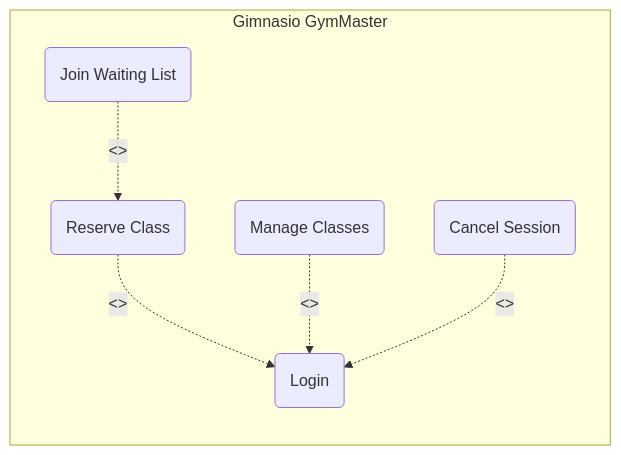
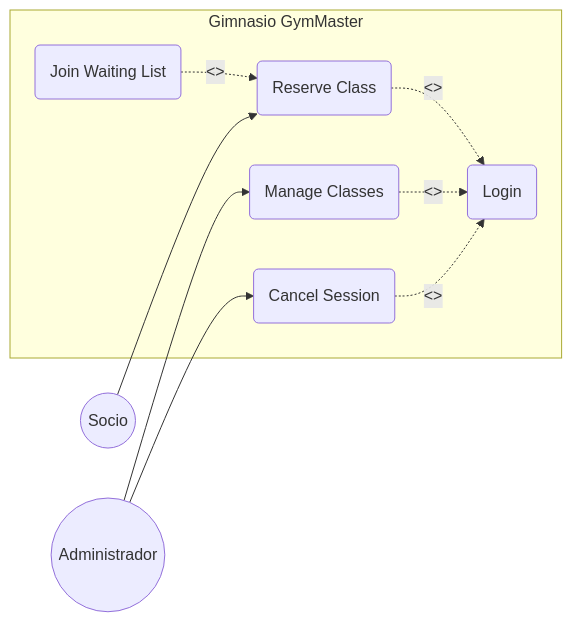
Before and after one commit to bbaakkuu-svg/Entorno-7.5: the first of 5 diagrams in README.md, drawn with Mermaid. The commit also changed other lines of this file, not shown here.

Commit message:
Error con los dos puntos

````diff
--- a/README.md
+++ b/README.md
@@ -17,16 +17,23 @@
 ```mermaid
 
 graph LR
     subgraph SystemBoundary ["Gimnasio GymMaster"]
         UC_Login(Login)
         UC_Reserve(Reserve Class)
         UC_Waitlist(Join Waiting List)
         UC_ManageClasses(Manage Classes)
         UC_CancelSession(Cancel Session)
 
         UC_Reserve -.-> |"<<include>>"| UC_Login
         UC_Waitlist -.-> |"<<extend>>"| UC_Reserve
         UC_ManageClasses -.-> |"<<include>>"| UC_Login
         UC_CancelSession -.-> |"<<include>>"| UC_Login
     end
+
+    ActorMember((Socio))
+    ActorAdmin((Administrador))
+
+    ActorMember --> UC_Reserve
+    ActorAdmin --> UC_ManageClasses
+    ActorAdmin --> UC_CancelSession
 ```
````
